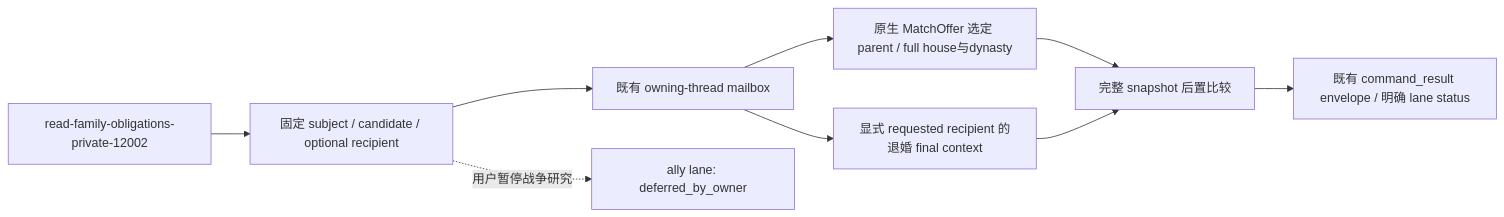
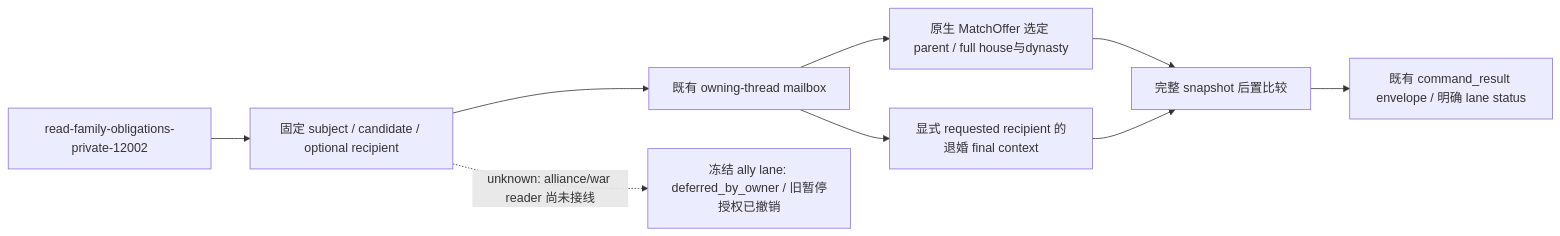
Before and after one commit to XenoAmess/ck3_eternal_recurrence: the diagram in docs/ck3-native-ai/ck3-1.20.0.2-family-obligations-wire.md, drawn with Mermaid. The commit also changed other lines of this file and 88 other files, not shown here.

````diff
--- a/docs/ck3-native-ai/ck3-1.20.0.2-family-obligations-wire.md
+++ b/docs/ck3-native-ai/ck3-1.20.0.2-family-obligations-wire.md
@@ -7,11 +9,11 @@
 ```mermaid
 flowchart LR
     R[read-family-obligations-private-12002] --> P[固定 subject / candidate / optional recipient]
     P --> M[既有 owning-thread mailbox]
     M --> L[原生 MatchOffer 选定 parent / full house与dynasty]
     M --> B[显式 requested recipient 的退婚 final context]
     L --> F[完整 snapshot 后置比较]
     B --> F
     F --> W[既有 command_result envelope / 明确 lane status]
-    P -. 用户暂停战争研究 .-> D[ally lane: deferred_by_owner]
+    P -. unknown: alliance/war reader 尚未接线 .-> D[冻结 ally lane: deferred_by_owner / 旧暂停授权已撤销]
 ```
````
